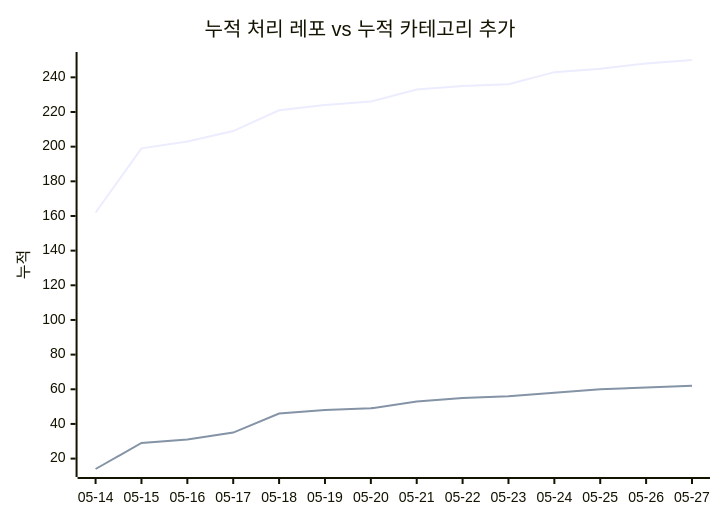
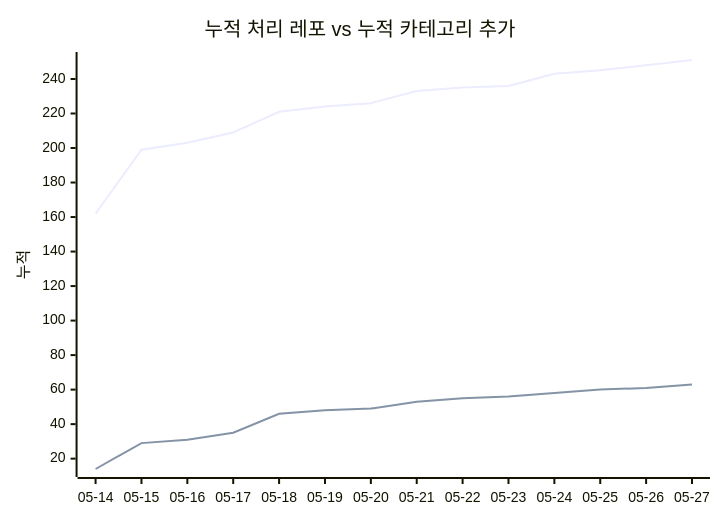
The second of 2 diagrams in docs/trends.md (J-nowcow/awesome-korean-agent-skills), drawn with Mermaid before and after one commit. The commit also changed other lines of this file and 4 other files, not shown here.

````diff
--- a/docs/trends.md
+++ b/docs/trends.md
@@ -68,8 +68,8 @@
 ```mermaid
 xychart-beta
     title "누적 처리 레포 vs 누적 카테고리 추가"
     x-axis ["05-14","05-15","05-16","05-17","05-18","05-19","05-20","05-21","05-22","05-23","05-24","05-25","05-26","05-27"]
     y-axis "누적"
-    line [162,199,203,209,221,224,226,233,235,236,243,245,248,250]
-    line [14,29,31,35,46,48,49,53,55,56,58,60,61,62]
+    line [162,199,203,209,221,224,226,233,235,236,243,245,248,251]
+    line [14,29,31,35,46,48,49,53,55,56,58,60,61,63]
 ```
````
